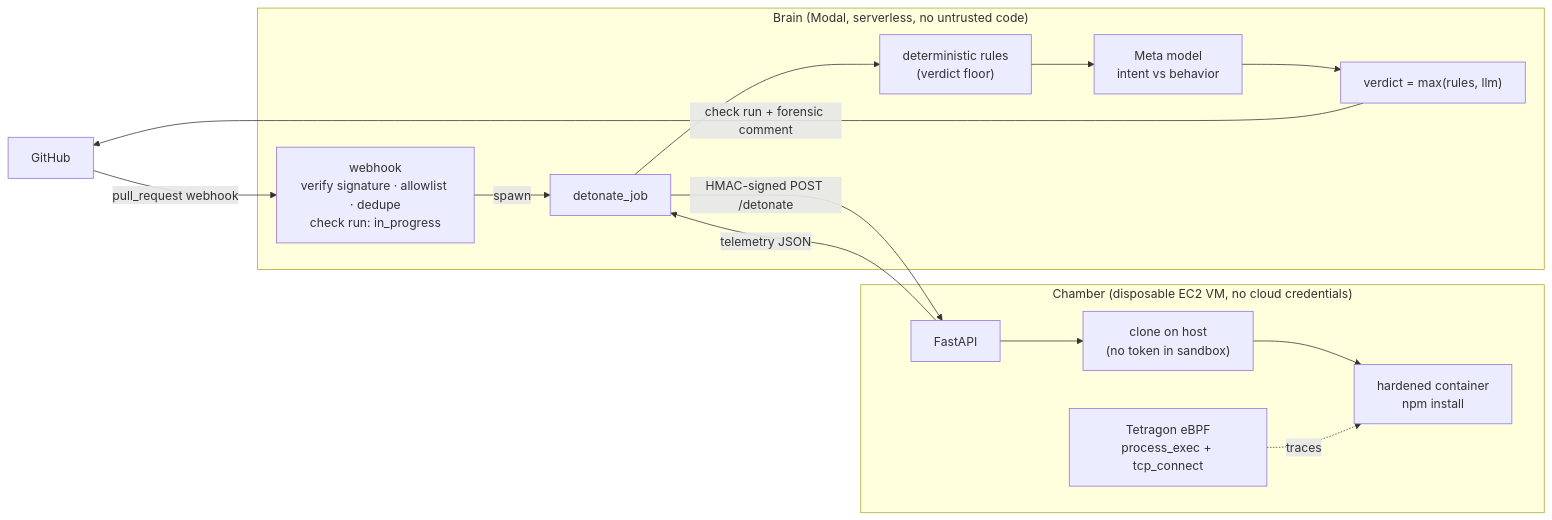
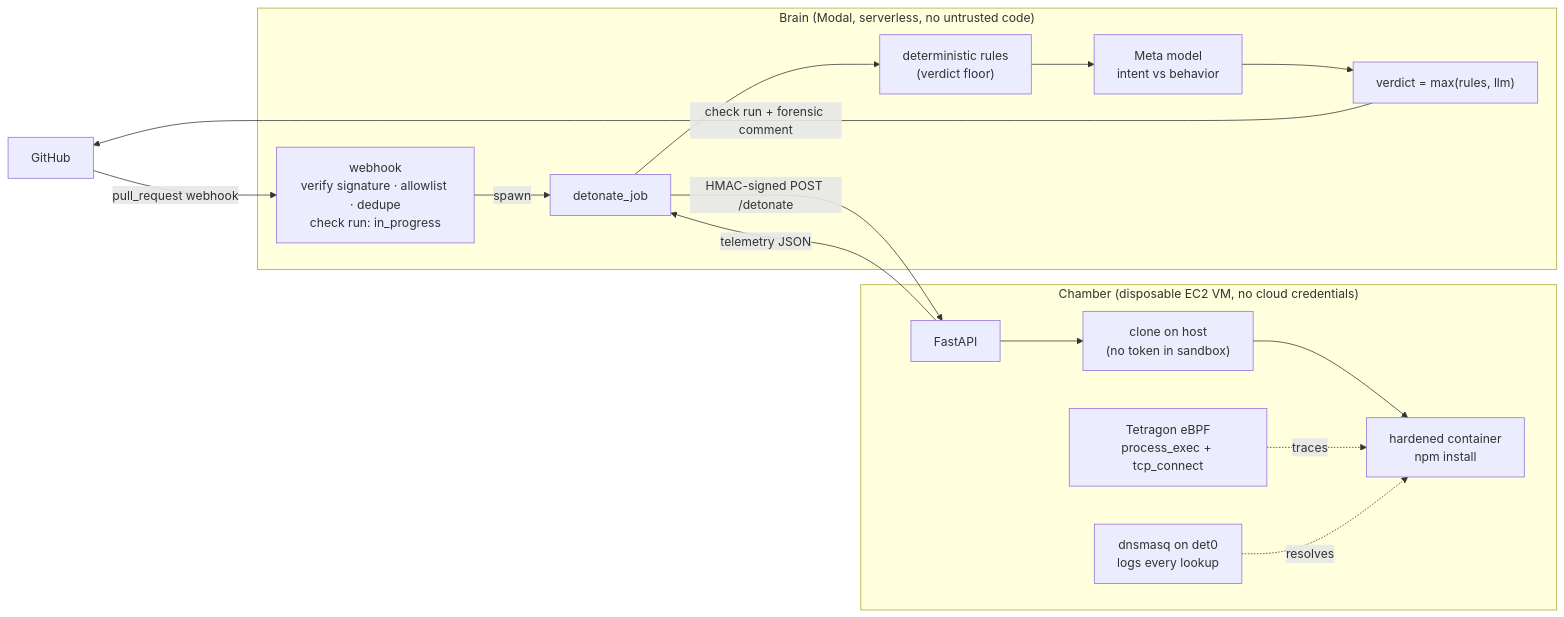
Before and after one commit to fugeretrevin/Detonator: the diagram in README.md, drawn with Mermaid. The commit also changed other lines of this file and 16 other files, not shown here.

Commit message:
DNS capture on the Chamber: dnsmasq on det0 names connects from the sandbox's own lookups; port 53 elsewhere rejected

````diff
--- a/README.md
+++ b/README.md
@@ -31,18 +31,19 @@
 ```mermaid
 flowchart LR
     GH[GitHub] -- "pull_request webhook" --> WH
     subgraph Brain["Brain (Modal, serverless, no untrusted code)"]
         WH["webhook<br/>verify signature · allowlist · dedupe<br/>check run: in_progress"] -- spawn --> JOB["detonate_job"]
         JOB --> RULES["deterministic rules<br/>(verdict floor)"]
         RULES --> LLM["Meta model<br/>intent vs behavior"]
         LLM --> V["verdict = max(rules, llm)"]
     end
     JOB -- "HMAC-signed POST /detonate" --> API
     subgraph Chamber["Chamber (disposable EC2 VM, no cloud credentials)"]
         API["FastAPI"] --> CLONE["clone on host<br/>(no token in sandbox)"]
         CLONE --> SB["hardened container<br/>npm install"]
         TET["Tetragon eBPF<br/>process_exec + tcp_connect"] -. traces .-> SB
+        DNS["dnsmasq on det0<br/>logs every lookup"] -. resolves .-> SB
     end
     API -- "telemetry JSON" --> JOB
     V -- "check run + forensic comment" --> GH
 ```
````
